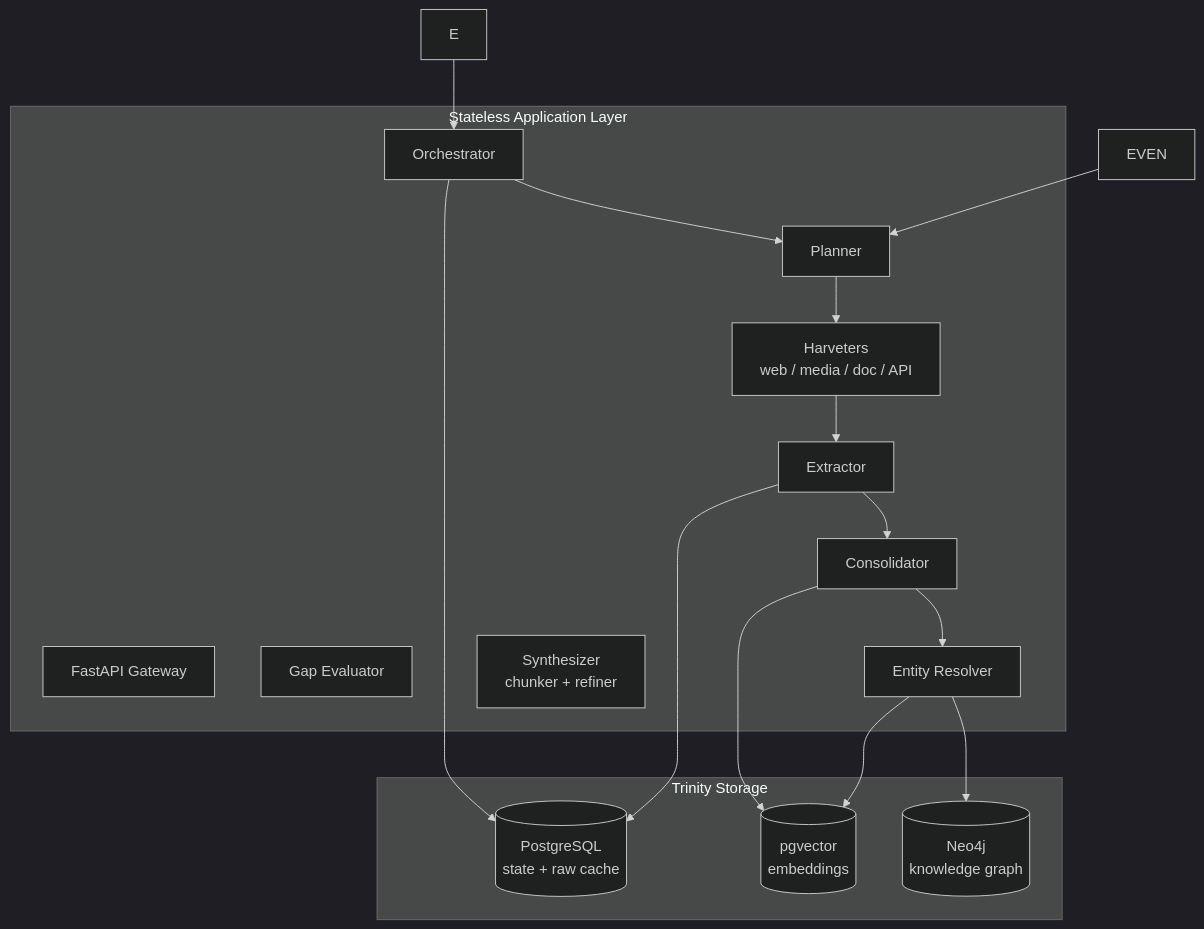
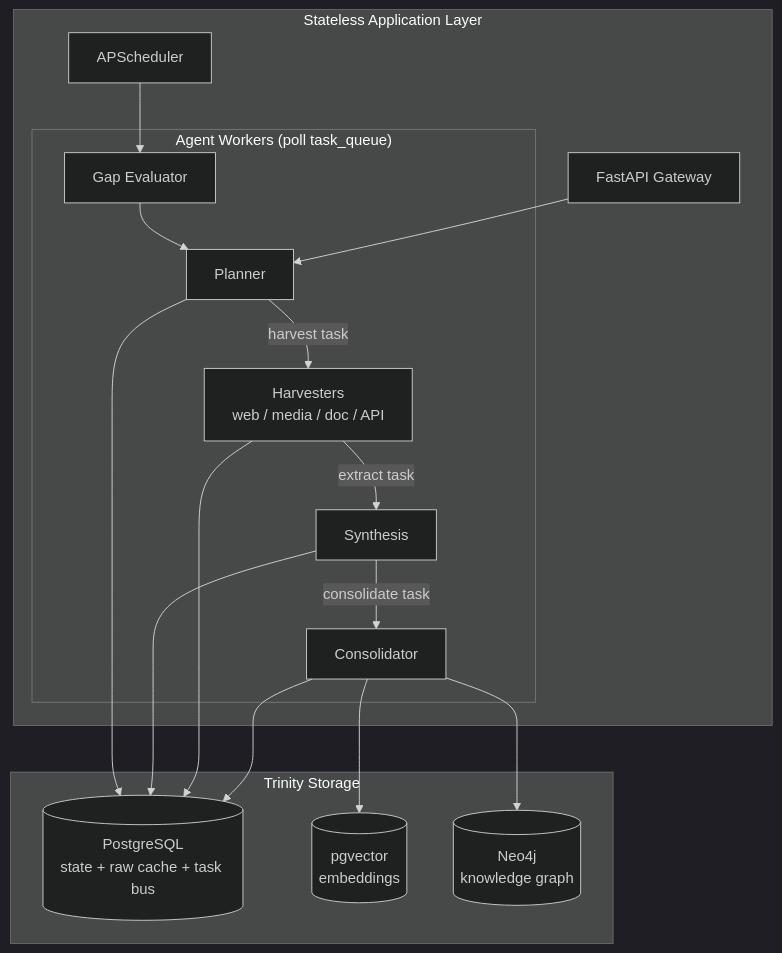
The diagram in README.md (saketh1125/Kryptos), drawn with Mermaid (dark theme) before and after one commit. The commit also changed other lines of this file and 19 other files, not shown here.

Commit message:
test: cover the pipeline — 143 tests across geohash, compliance, planner, safety gate, full plan→consolidate chain, both API surfaces, gap evaluator; fix 3 real bugs found by tests; align README/AGENTS/.env with reality

````diff
--- a/README.md
+++ b/README.md
@@ -23,29 +23,33 @@
 ```mermaid
 flowchart TB
     subgraph App["Stateless Application Layer"]
         API[FastAPI Gateway]
-        ORCH[Orchestrator]
-        GE[Gap Evaluator]
-        PL[Planner]
-        HV[Harveters<br/>web / media / doc / API]
-        EX[Extractor]
-        CO[Consolidator]
-        RES[Entity Resolver]
-        SYN[Synthesizer<br/>chunker + refiner]
+        SCH[APScheduler]
+        subgraph Workers["Agent Workers (poll task_queue)"]
+            GE[Gap Evaluator]
+            PL[Planner]
+            HV[Harvesters<br/>web / media / doc / API]
+            EX[Synthesis]
+            CO[Consolidator]
+        end
     end
 
     subgraph Store["Trinity Storage"]
-        PG[(PostgreSQL<br/>state + raw cache)]
+        PG[(PostgreSQL<br/>state + raw cache + task bus)]
         VEC[(pgvector<br/>embeddings)]
         NEO[(Neo4j<br/>knowledge graph)]
     end
 
-    E --> ORCH
-    ORCH --> PL --> HV --> EX --> CO --> RES
-    EVEN --> PL
-    RES --> NEO
+    API --> PL
+    SCH --> GE
+    GE --> PL
+    PL -->|harvest task| HV
+    HV -->|extract task| EX
+    EX -->|consolidate task| CO
+    CO --> PG
+    CO --> VEC
+    CO --> NEO
+    HV --> PG
     EX --> PG
-    CO --> VEC
-    RES --> VEC
-    ORCH --> PG
+    PL --> PG
 ```
````
